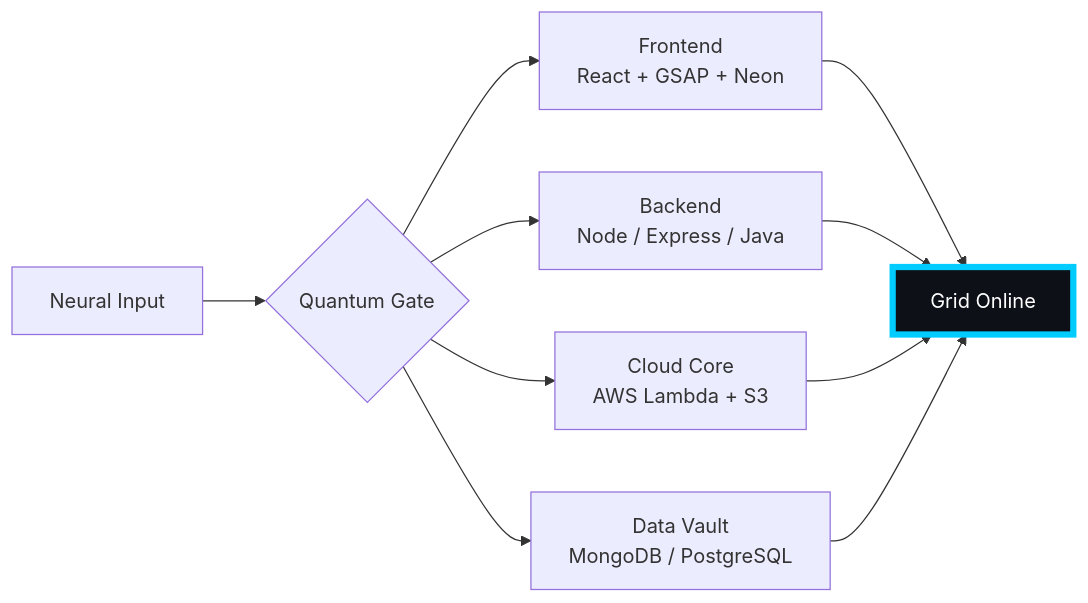
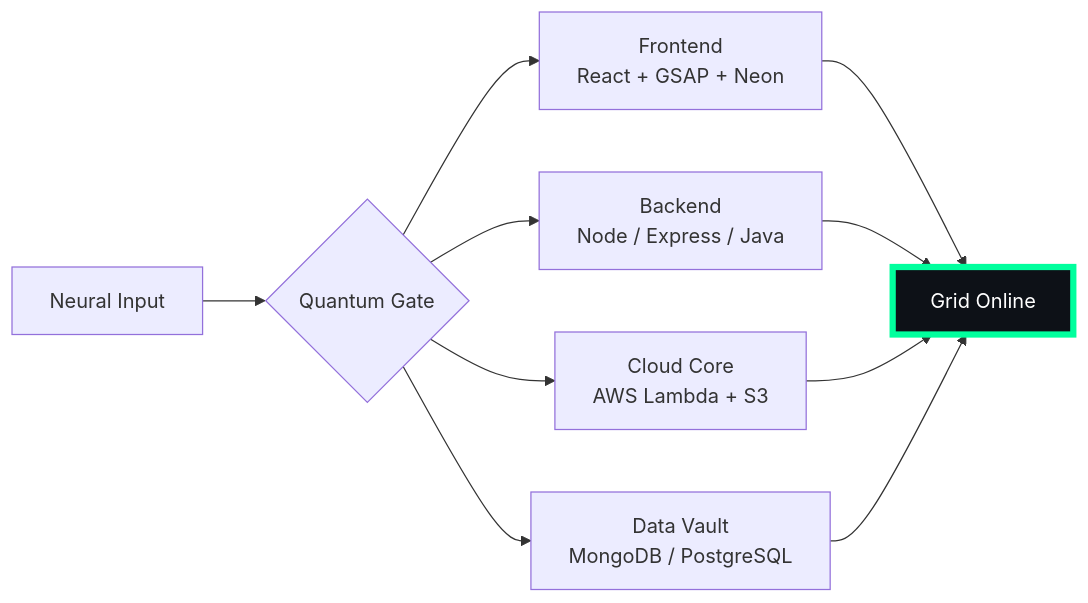
One commit to pendemvamsi/pendemvamsi changed the diagram in README.md. Above: the diagram before and after it, drawn with Mermaid. The commit also changed other lines of this file and 1 other file, not shown here.

````diff
--- a/README.md
+++ b/README.md
@@ -32,10 +32,10 @@
 ```mermaid
 flowchart LR
     U[Neural Input] --> G{Quantum Gate}
     G --> F[Frontend<br>React + GSAP + Neon]
     G --> B[Backend<br>Node / Express / Java]
     G --> C[Cloud Core<br>AWS Lambda + S3]
     G --> D[Data Vault<br>MongoDB / PostgreSQL]
     F & B & C & D --> O[Grid Online]
-    style O fill:#0d1117,stroke:#00CCFF,stroke-width:5px,color:#fff
+    style O fill:#0d1117,stroke:#00FF9D,stroke-width:5px,color:#fff
 ```
````
